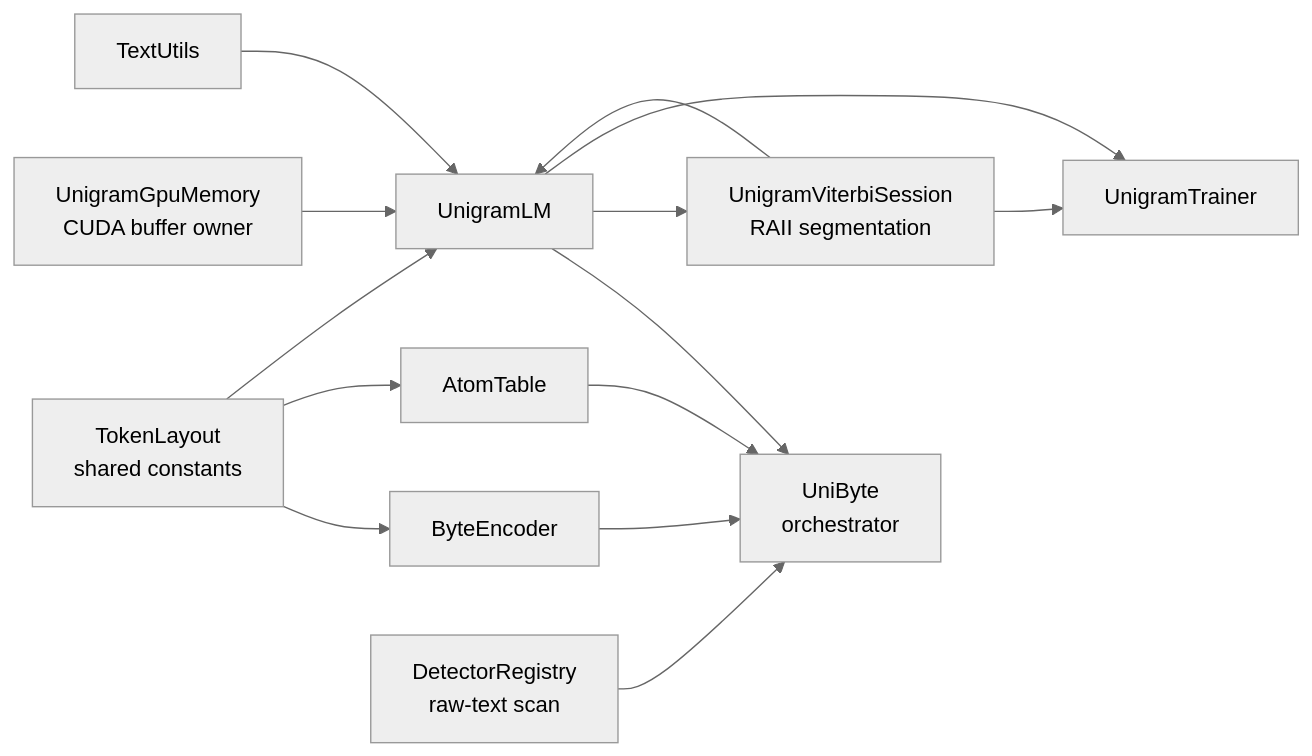
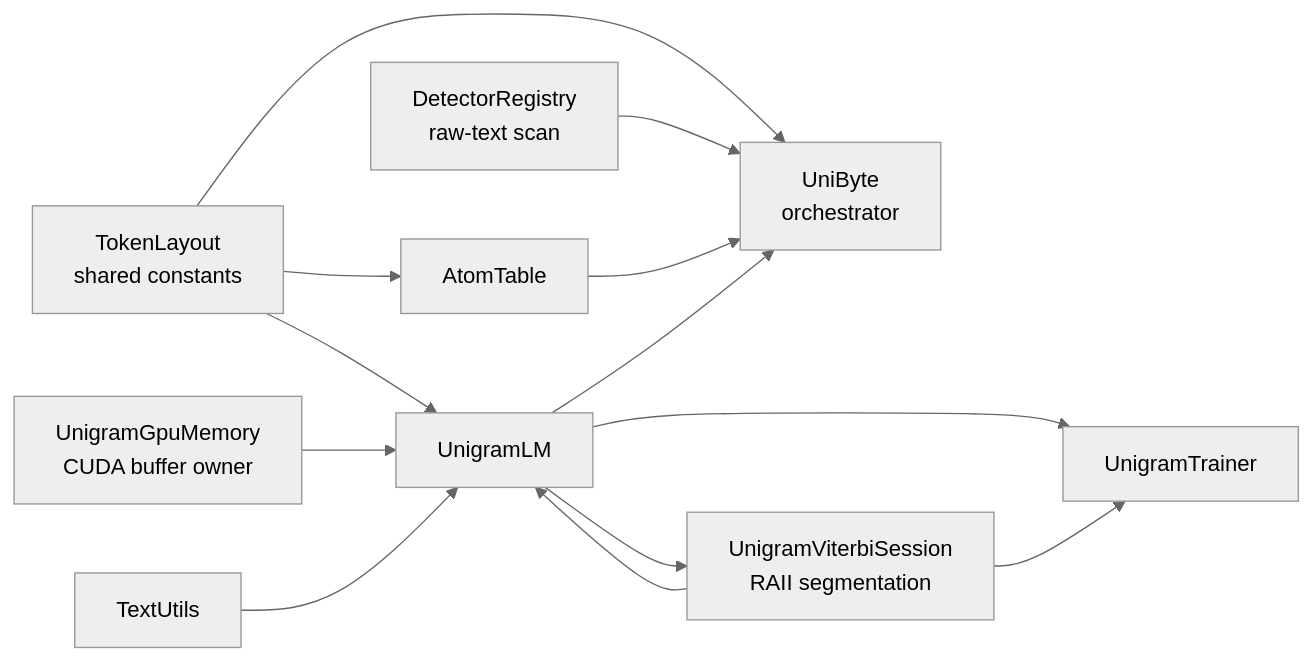
Before and after one commit to Reaper3825/G.R.I.M: the first of 3 diagrams in resources/models/GRIM-text/Shared/UnigramByte/UnigramByte.codoc.md, drawn with Mermaid (neutral theme). The commit also changed other lines of this file and 14 other files, not shown here.

First line of the commit message:
Refactor UnigramByte: Remove ByteEncoder and consolidate byte token handling into TokenLayout

````diff
--- a/resources/models/GRIM-text/Shared/UnigramByte/UnigramByte.codoc.md
+++ b/resources/models/GRIM-text/Shared/UnigramByte/UnigramByte.codoc.md
@@ -65,21 +65,21 @@
 ```mermaid
 flowchart LR
-    TL[TokenLayout
-shared constants] --> BY[ByteEncoder]
+   TL[TokenLayout
+shared constants] --> UB[UniByte
+orchestrator]
     TL --> AT[AtomTable]
     TL --> UG[UnigramLM]
    UV[UnigramViterbiSession
 RAII segmentation] --> UG
    UGM[UnigramGpuMemory
 CUDA buffer owner] --> UG
    DT[DetectorRegistry
 raw-text scan] --> UB[UniByte
 orchestrator]
-    BY --> UB
     AT --> UB
     UG --> UB
     TU[TextUtils] --> UG
    UG --> UV
     UG --> UT[UnigramTrainer]
    UV --> UT
 ```
````
